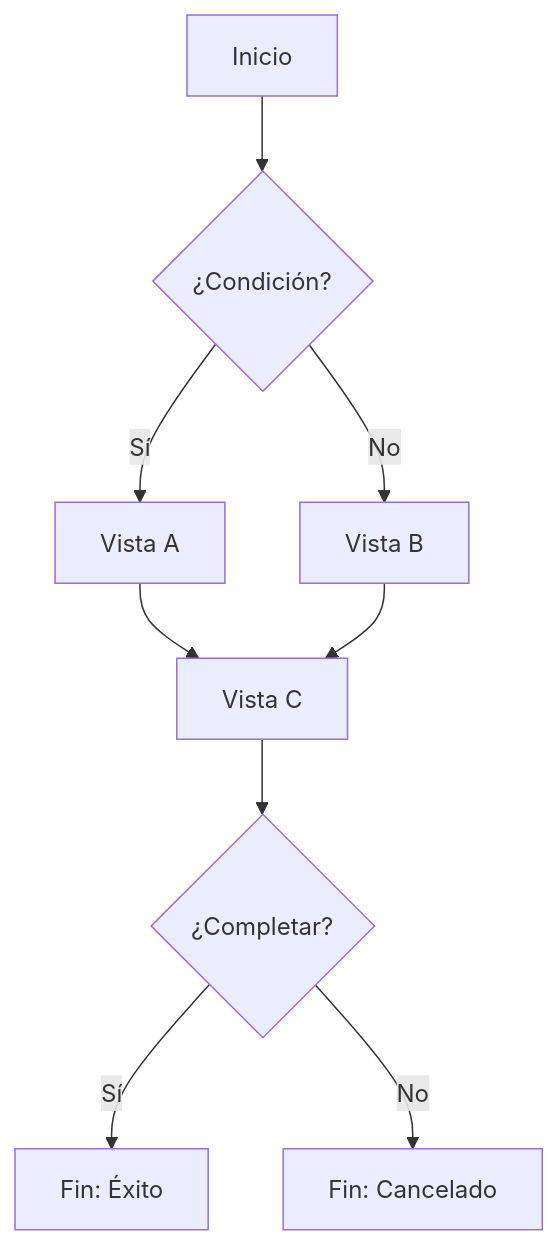
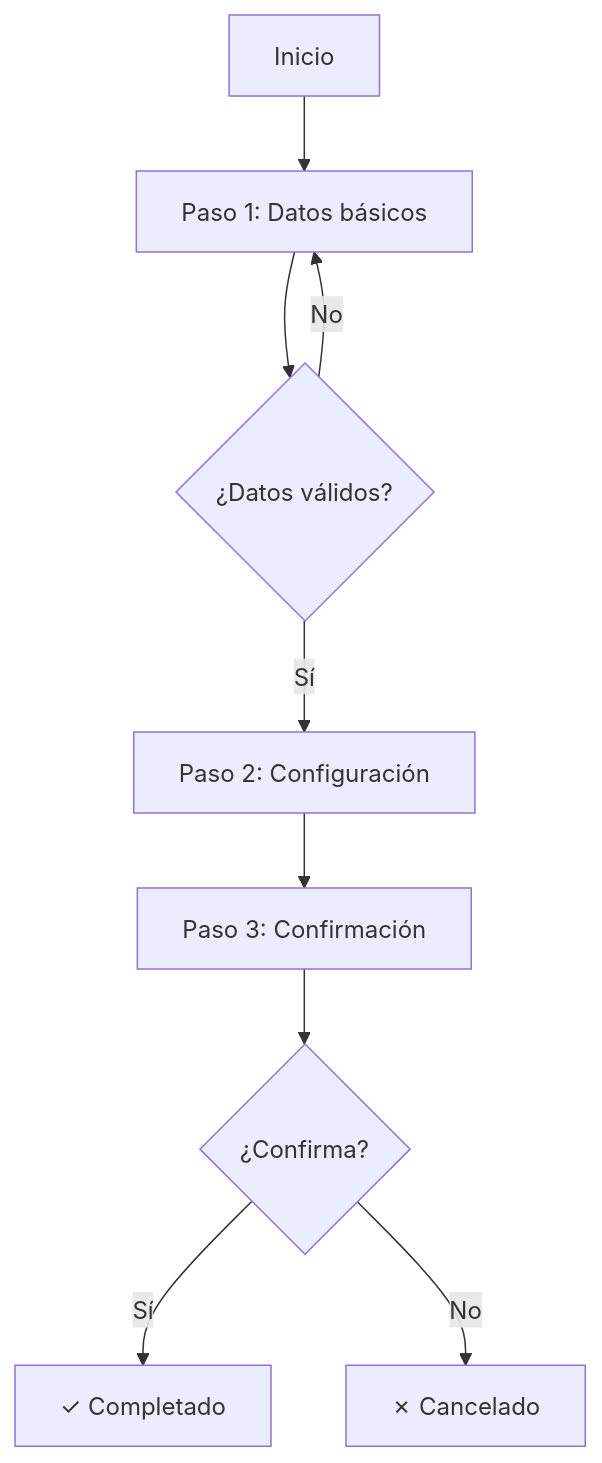
Before and after one commit to knowledge-driven-dev/kdd-specs: the diagram in templates/ui-flow.template.md, drawn with Mermaid. The commit also changed other lines of this file and 31 other files, not shown here.

````diff
--- a/templates/ui-flow.template.md
+++ b/templates/ui-flow.template.md
@@ -31,11 +24,11 @@
 ```mermaid
 flowchart TD
-    A[Inicio] --> B{¿Condición?}
-    B -->|Sí| C[Vista A]
-    B -->|No| D[Vista B]
-    C --> E[Vista C]
-    D --> E
-    E --> F{¿Completar?}
-    F -->|Sí| G[Fin: Éxito]
-    F -->|No| H[Fin: Cancelado]
+    A[Inicio] --> B[Paso 1: Datos básicos]
+    B --> C{¿Datos válidos?}
+    C -->|Sí| D[Paso 2: Configuración]
+    C -->|No| B
+    D --> E[Paso 3: Confirmación]
+    E --> F{¿Confirma?}
+    F -->|Sí| G[✓ Completado]
+    F -->|No| H[✗ Cancelado]
 ```
````
